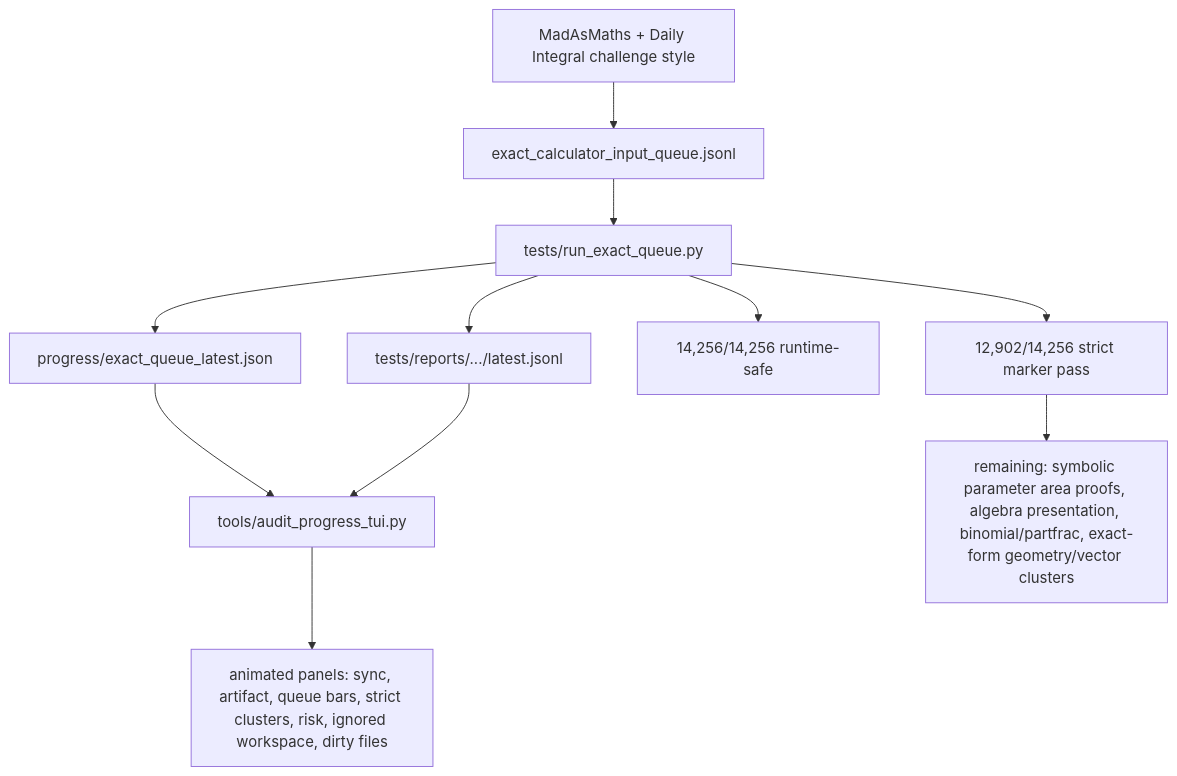
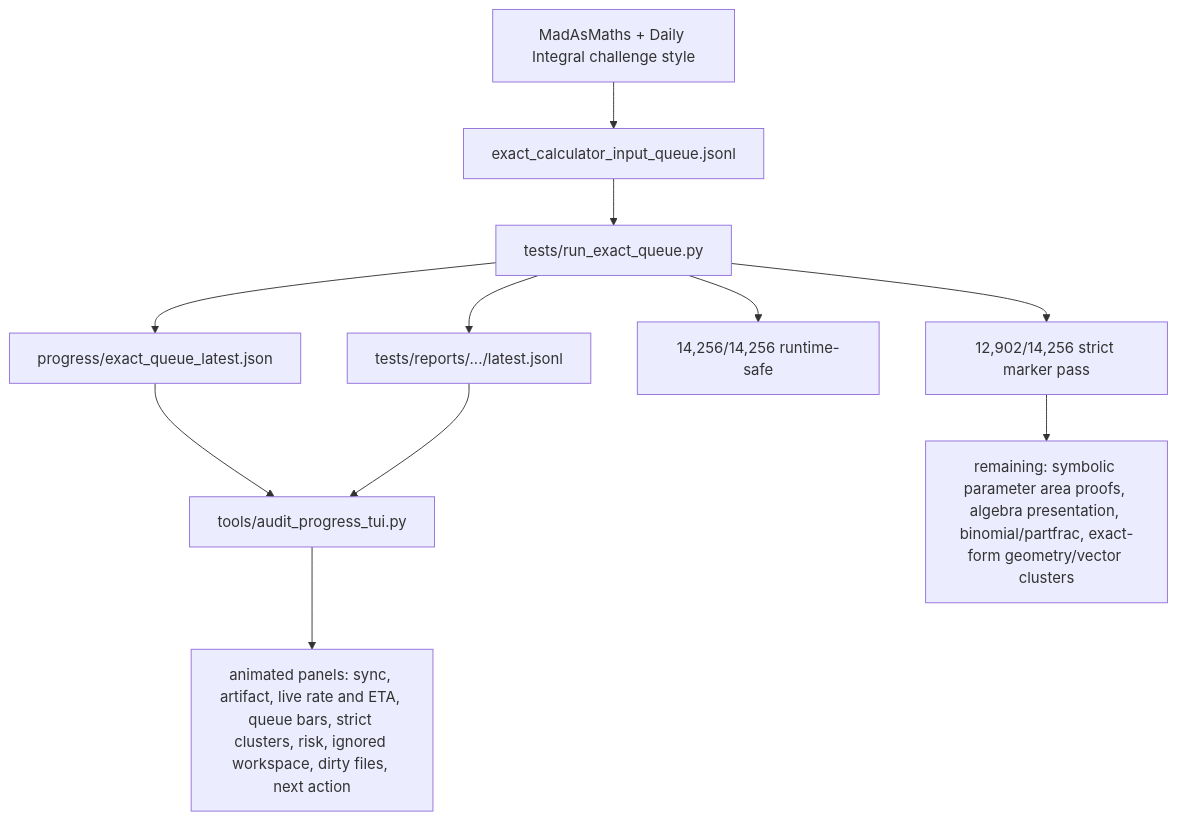
One commit to james8464/notes-addin-casio-fx-cg50 changed the fifth of 6 diagrams in docs/GRAPH.md. Above: the diagram before and after it, drawn with Mermaid. The commit also changed other lines of this file and 12 other files, not shown here.

````diff
--- a/docs/GRAPH.md
+++ b/docs/GRAPH.md
@@ -60,13 +60,13 @@
 ```mermaid
 graph TD
   Online["MadAsMaths + Daily Integral challenge style"] --> Queue["exact_calculator_input_queue.jsonl"]
   Queue --> Runner["tests/run_exact_queue.py"]
   Runner --> Live["progress/exact_queue_latest.json"]
   Runner --> Report["tests/reports/.../latest.jsonl"]
   Live --> TUI["tools/audit_progress_tui.py"]
   Report --> TUI
-  TUI --> Panels["animated panels: sync, artifact, queue bars, strict clusters, risk, ignored workspace, dirty files"]
+  TUI --> Panels["animated panels: sync, artifact, live rate and ETA, queue bars, strict clusters, risk, ignored workspace, dirty files, next action"]
   Runner --> Runtime["14,256/14,256 runtime-safe"]
   Runner --> Strict["12,902/14,256 strict marker pass"]
   Strict --> Remaining["remaining: symbolic parameter area proofs, algebra presentation, binomial/partfrac, exact-form geometry/vector clusters"]
 ```
````
